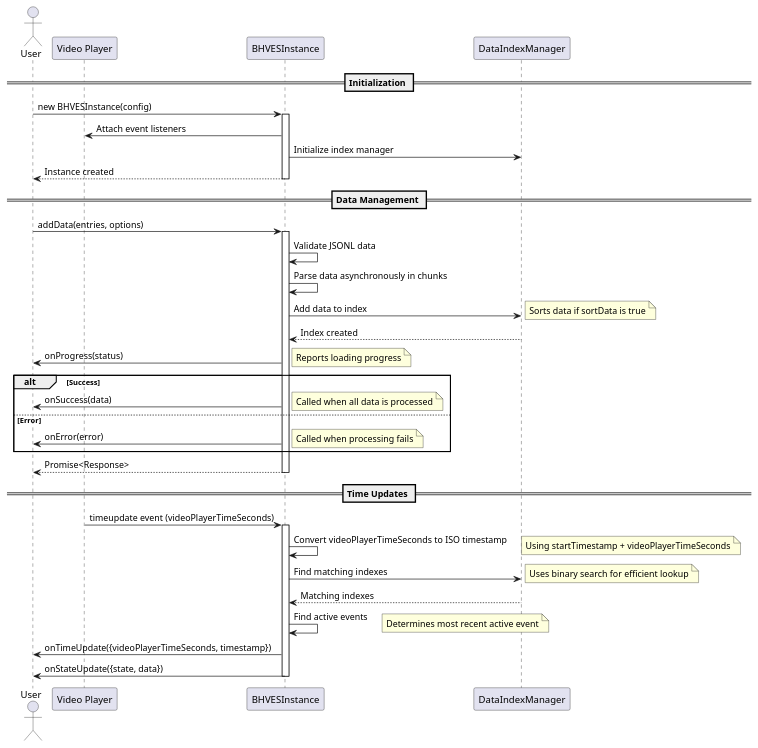
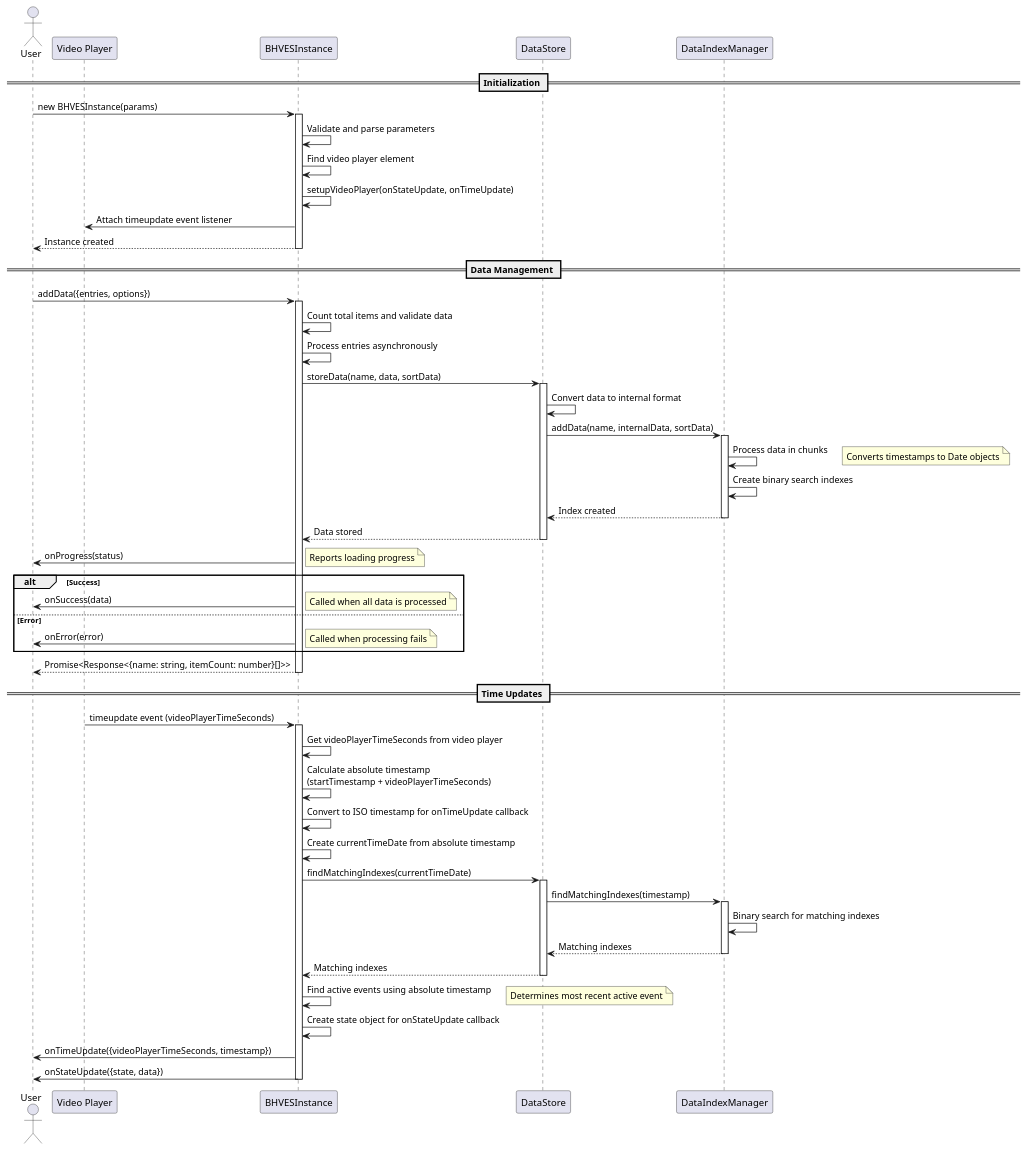
Before and after one commit to patchkit-net/betahub-video-events-sync: the first of 2 diagrams in docs/flow-diagram.puml, drawn with PlantUML. The commit also changed other lines of this file and 9 other files, not shown here.

```diff
--- a/docs/flow-diagram.puml
+++ b/docs/flow-diagram.puml
@@ -1,50 +1,72 @@
 @startuml BHVES Sequence Diagram
 
 actor User
 participant "Video Player" as Player
 participant "BHVESInstance" as BHVES
+participant "DataStore" as Store
 participant "DataIndexManager" as IndexManager
 
 == Initialization ==
-User -> BHVES: new BHVESInstance(config)
+User -> BHVES: new BHVESInstance(params)
 activate BHVES
-BHVES -> Player: Attach event listeners
-BHVES -> IndexManager: Initialize index manager
+BHVES -> BHVES: Validate and parse parameters
+BHVES -> BHVES: Find video player element
+BHVES -> BHVES: setupVideoPlayer(onStateUpdate, onTimeUpdate)
+BHVES -> Player: Attach timeupdate event listener
 BHVES --> User: Instance created
 deactivate BHVES
 
 == Data Management ==
-User -> BHVES: addData(entries, options)
+User -> BHVES: addData({entries, options})
 activate BHVES
-BHVES -> BHVES: Validate JSONL data
-BHVES -> BHVES: Parse data asynchronously in chunks
-BHVES -> IndexManager: Add data to index
-note right: Sorts data if sortData is true
-IndexManager --> BHVES: Index created
+BHVES -> BHVES: Count total items and validate data
+BHVES -> BHVES: Process entries asynchronously
+BHVES -> Store: storeData(name, data, sortData)
+activate Store
+Store -> Store: Convert data to internal format
+Store -> IndexManager: addData(name, internalData, sortData)
+activate IndexManager
+IndexManager -> IndexManager: Process data in chunks
+note right: Converts timestamps to Date objects
+IndexManager -> IndexManager: Create binary search indexes
+IndexManager --> Store: Index created
+deactivate IndexManager
+Store --> BHVES: Data stored
+deactivate Store
 BHVES -> User: onProgress(status)
 note right: Reports loading progress
+
 alt Success
     BHVES -> User: onSuccess(data)
     note right: Called when all data is processed
 else Error
     BHVES -> User: onError(error)
     note right: Called when processing fails
 end
-BHVES --> User: Promise<Response>
+BHVES --> User: Promise<Response<{name: string, itemCount: number}[]>>
 deactivate BHVES
 
 == Time Updates ==
 Player -> BHVES: timeupdate event (videoPlayerTimeSeconds)
 activate BHVES
-BHVES -> BHVES: Convert videoPlayerTimeSeconds to ISO timestamp
-note right: Using startTimestamp + videoPlayerTimeSeconds
-BHVES -> IndexManager: Find matching indexes
-note right: Uses binary search for efficient lookup
-IndexManager --> BHVES: Matching indexes
-BHVES -> BHVES: Find active events
+BHVES -> BHVES: Get videoPlayerTimeSeconds from video player
+BHVES -> BHVES: Calculate absolute timestamp\n(startTimestamp + videoPlayerTimeSeconds)
+BHVES -> BHVES: Convert to ISO timestamp for onTimeUpdate callback
+BHVES -> BHVES: Create currentTimeDate from absolute timestamp
+BHVES -> Store: findMatchingIndexes(currentTimeDate)
+activate Store
+Store -> IndexManager: findMatchingIndexes(timestamp)
+activate IndexManager
+IndexManager -> IndexManager: Binary search for matching indexes
+IndexManager --> Store: Matching indexes
+deactivate IndexManager
+Store --> BHVES: Matching indexes
+deactivate Store
+BHVES -> BHVES: Find active events using absolute timestamp
 note right: Determines most recent active event
+BHVES -> BHVES: Create state object for onStateUpdate callback
 BHVES -> User: onTimeUpdate({videoPlayerTimeSeconds, timestamp})
 BHVES -> User: onStateUpdate({state, data})
 deactivate BHVES
 
 @enduml
```
